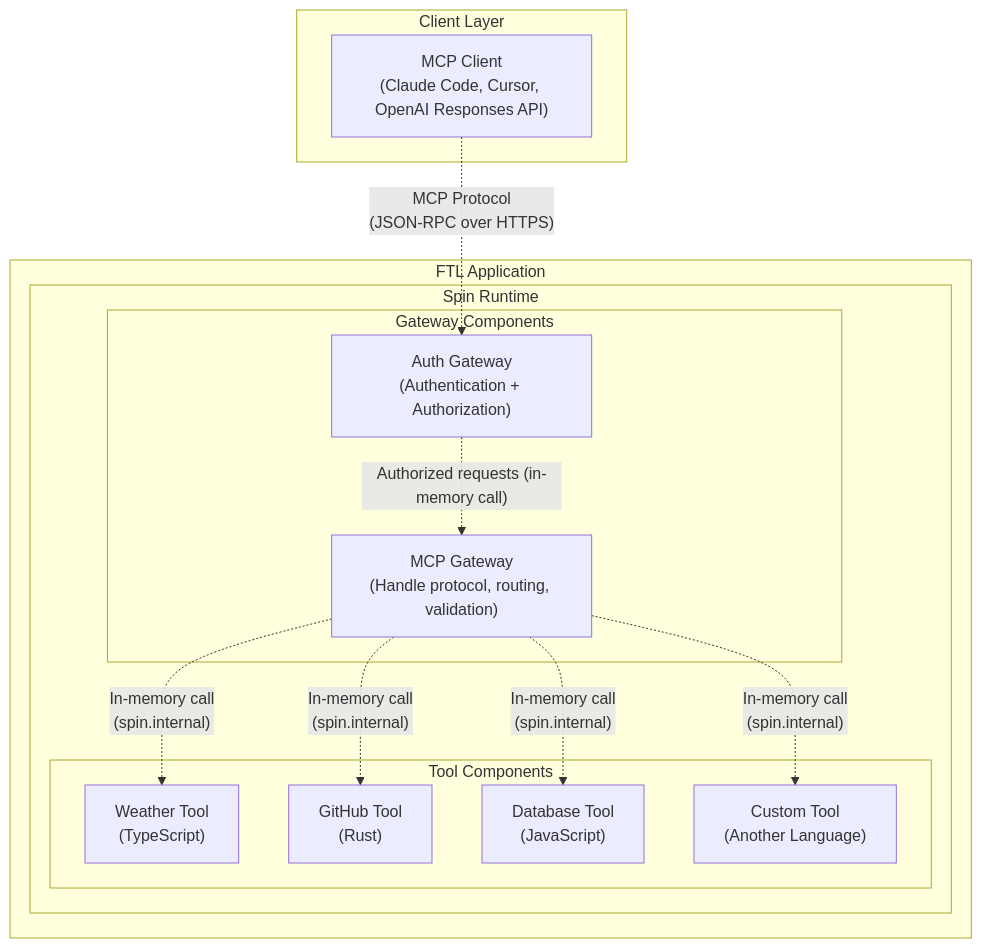
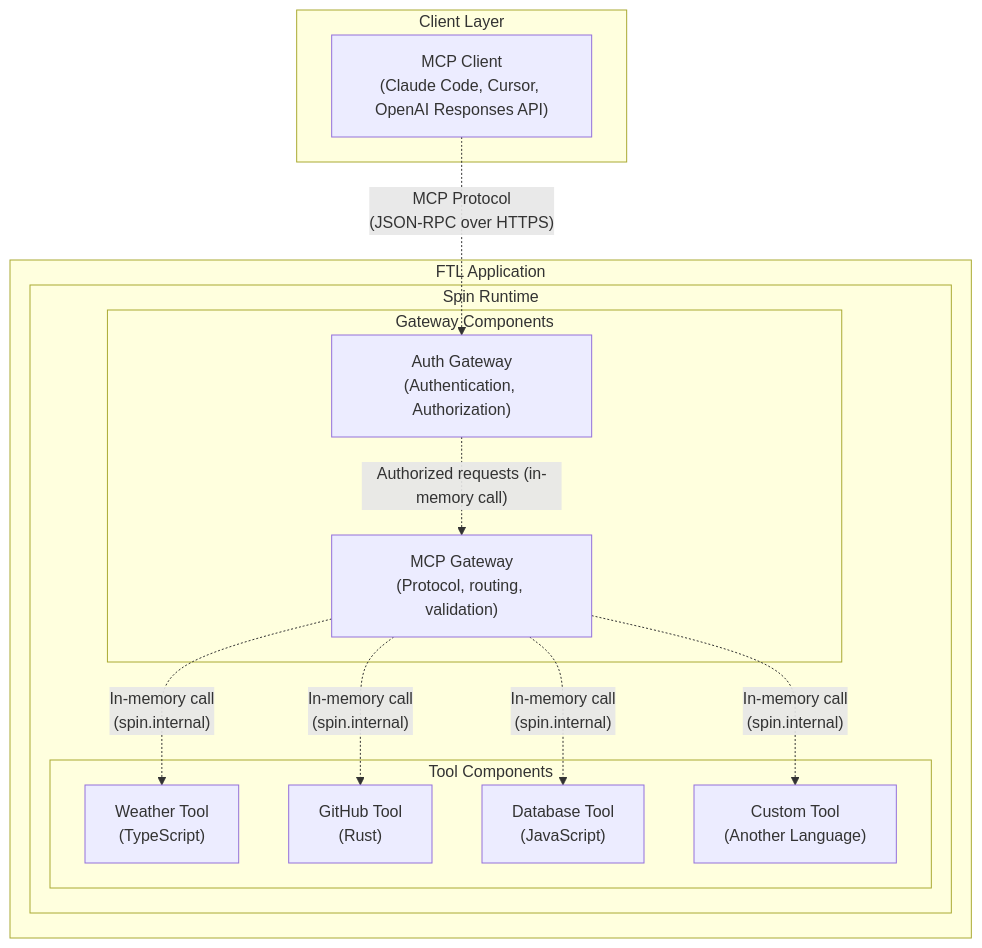
The diagram in README.md (fastertools/ftl), drawn with Mermaid before and after one commit.

Commit message:
docs: nit readme

````diff
--- a/README.md
+++ b/README.md
@@ -181,29 +181,29 @@
 ```mermaid
 graph TB
     subgraph "Client Layer"
         Agent["MCP Client<br/>(Claude Code, Cursor, OpenAI Responses API)"]
     end
     
     subgraph "FTL Application" 
         subgraph "Spin Runtime"
             subgraph "Gateway Components"
-                AuthGateway["Auth Gateway<br/>(Authentication + Authorization)"]
-                MCPGateway["MCP Gateway<br/>(Handle protocol, routing, validation)"]
+                AuthGateway["Auth Gateway<br/>(Authentication, Authorization)"]
+                MCPGateway["MCP Gateway<br/>(Protocol, routing, validation)"]
             end
             
             subgraph "Tool Components"
                 Weather["Weather Tool<br/>(TypeScript)"]
                 GitHub["GitHub Tool<br/>(Rust)"]
                 Database["Database Tool<br/>(JavaScript)"]
                 Custom["Custom Tool<br/>(Another Language)"]
             end
         end
     end
     
     Agent -.->|"MCP Protocol<br/>(JSON-RPC over HTTPS)"| AuthGateway
     AuthGateway -.->|"Authorized requests (in-memory call)"| MCPGateway
     MCPGateway -.->|"In-memory call<br/>(spin.internal)"| Weather
     MCPGateway -.->|"In-memory call<br/>(spin.internal)"| GitHub
     MCPGateway -.->|"In-memory call<br/>(spin.internal)"| Database
     MCPGateway -.->|"In-memory call<br/>(spin.internal)"| Custom
 ```
````
